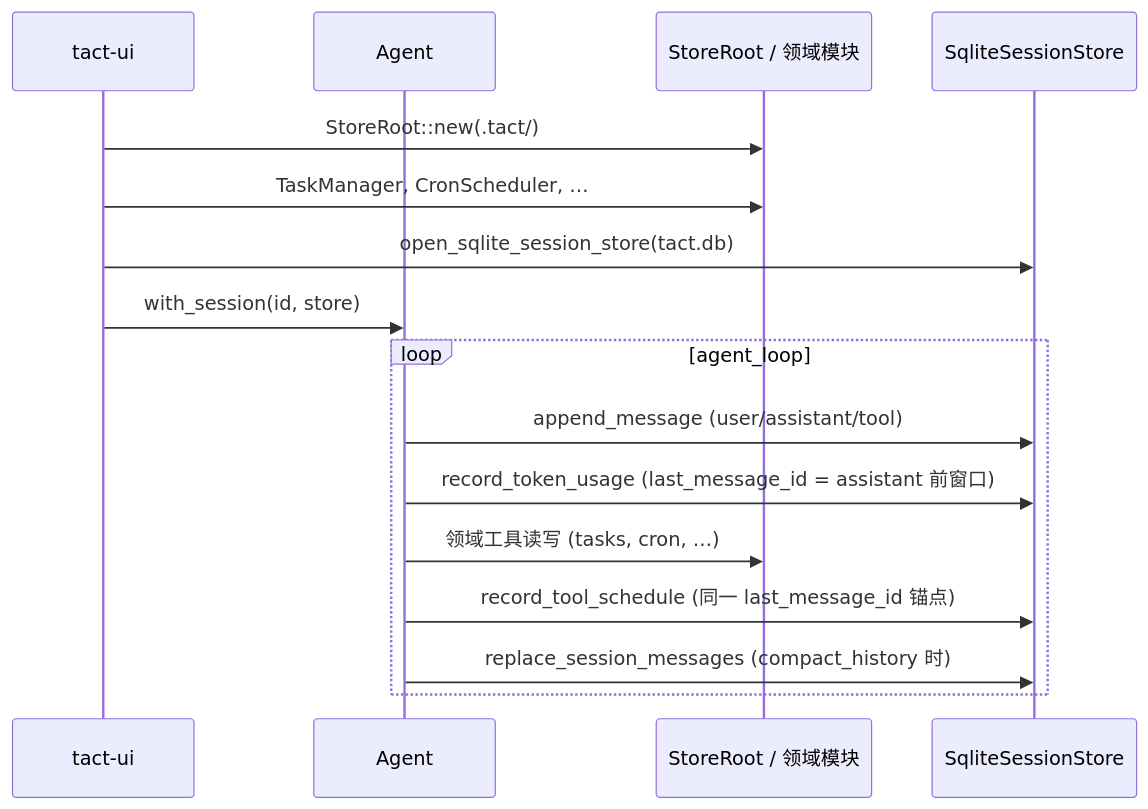
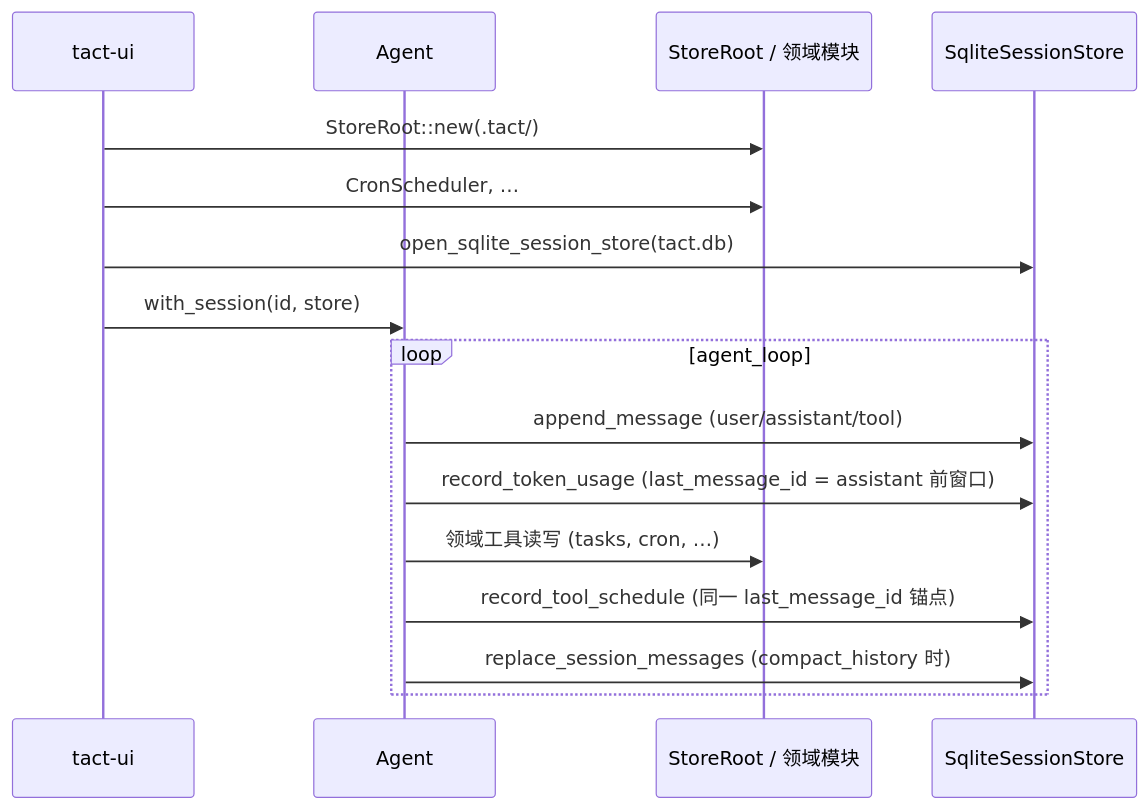
Before and after one commit to rust-infra/tact: the second of 2 diagrams in book/01_chapter_store_zh.md, drawn with Mermaid. The commit also changed other lines of this file and 16 other files, not shown here.

First line of the commit message:
feat(task): migrate tasks storage from JSON files to SQLite

````diff
--- a/book/01_chapter_store_zh.md
+++ b/book/01_chapter_store_zh.md
@@ -178,20 +178,20 @@
 ```mermaid
 sequenceDiagram
     participant TUI as tact-ui
     participant Agent
     participant JSON as StoreRoot / 领域模块
     participant SQL as SqliteSessionStore
 
     TUI->>JSON: StoreRoot::new(.tact/)
-    TUI->>JSON: TaskManager, CronScheduler, …
+    TUI->>JSON: CronScheduler, …
     TUI->>SQL: open_sqlite_session_store(tact.db)
     TUI->>Agent: with_session(id, store)
 
     loop agent_loop
         Agent->>SQL: append_message (user/assistant/tool)
         Agent->>SQL: record_token_usage (last_message_id = assistant 前窗口)
         Agent->>JSON: 领域工具读写 (tasks, cron, …)
         Agent->>SQL: record_tool_schedule (同一 last_message_id 锚点)
         Agent->>SQL: replace_session_messages (compact_history 时)
     end
 ```
````
